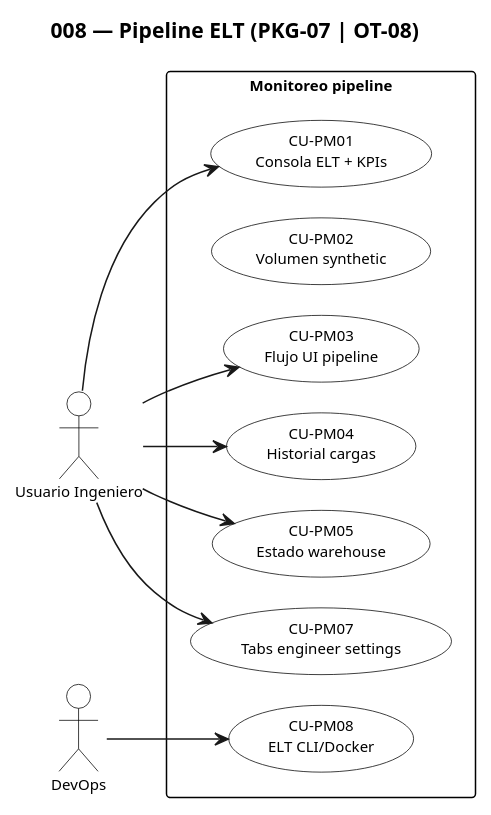
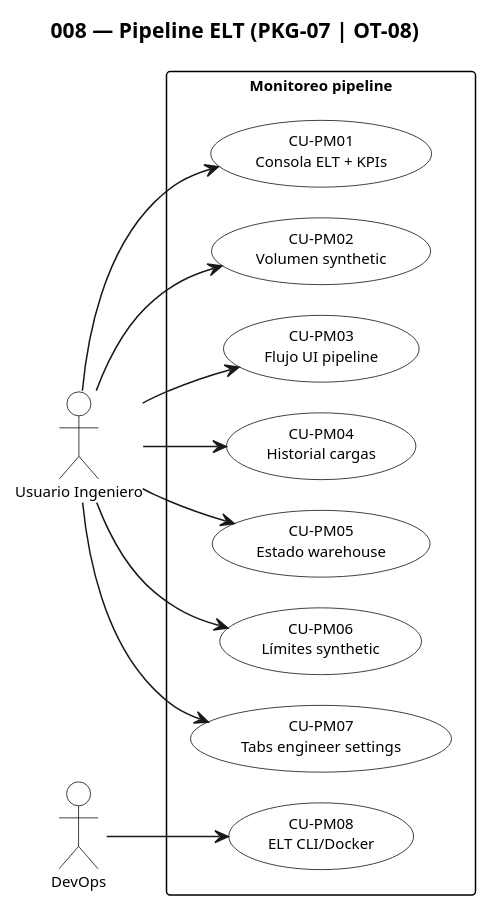
The diagram in docs/uml/packages/uc-008-pipeline.puml (JosephACS/VOXMETRIKS), drawn with PlantUML before and after one commit. The commit also changed 6 other files, not shown here.

```diff
--- a/docs/uml/packages/uc-008-pipeline.puml
+++ b/docs/uml/packages/uc-008-pipeline.puml
@@ -1,43 +1,46 @@
 @startuml uc-008-pipeline
 skinparam monochrome true
 skinparam shadowing false
 skinparam packageStyle rectangle
 skinparam actorStyle stickman
 skinparam defaultFontSize 10
 skinparam nodesep 20
 skinparam ranksep 24
 skinparam usecase {
   BackgroundColor white
   BorderColor black
 }
 skinparam actor {
   BackgroundColor white
   BorderColor black
 }
 skinparam rectangle {
   BackgroundColor white
   BorderColor black
 }
 left to right direction
 title 008 — Pipeline ELT (PKG-07 | OT-08)
 
 actor "Usuario Ingeniero" as Eng
 actor "DevOps" as Ops
 
 rectangle "Monitoreo pipeline" {
   usecase "CU-PM01\nConsola ELT + KPIs" as CU_PM01
   usecase "CU-PM02\nVolumen synthetic" as CU_PM02
   usecase "CU-PM03\nFlujo UI pipeline" as CU_PM03
   usecase "CU-PM04\nHistorial cargas" as CU_PM04
   usecase "CU-PM05\nEstado warehouse" as CU_PM05
+  usecase "CU-PM06\nLímites synthetic" as CU_PM06
   usecase "CU-PM07\nTabs engineer settings" as CU_PM07
   usecase "CU-PM08\nELT CLI/Docker" as CU_PM08
 }
 Eng --> CU_PM01
+Eng --> CU_PM02
+Eng --> CU_PM06
 Eng --> CU_PM03
 Eng --> CU_PM04
 Eng --> CU_PM05
 Eng --> CU_PM07
 Ops --> CU_PM08
 
 @enduml
```
